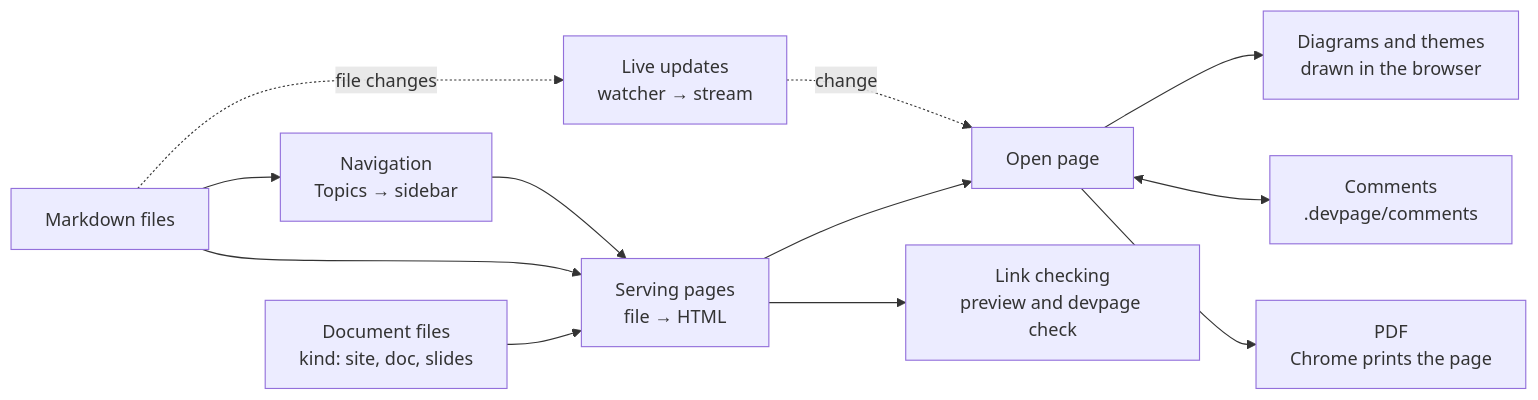
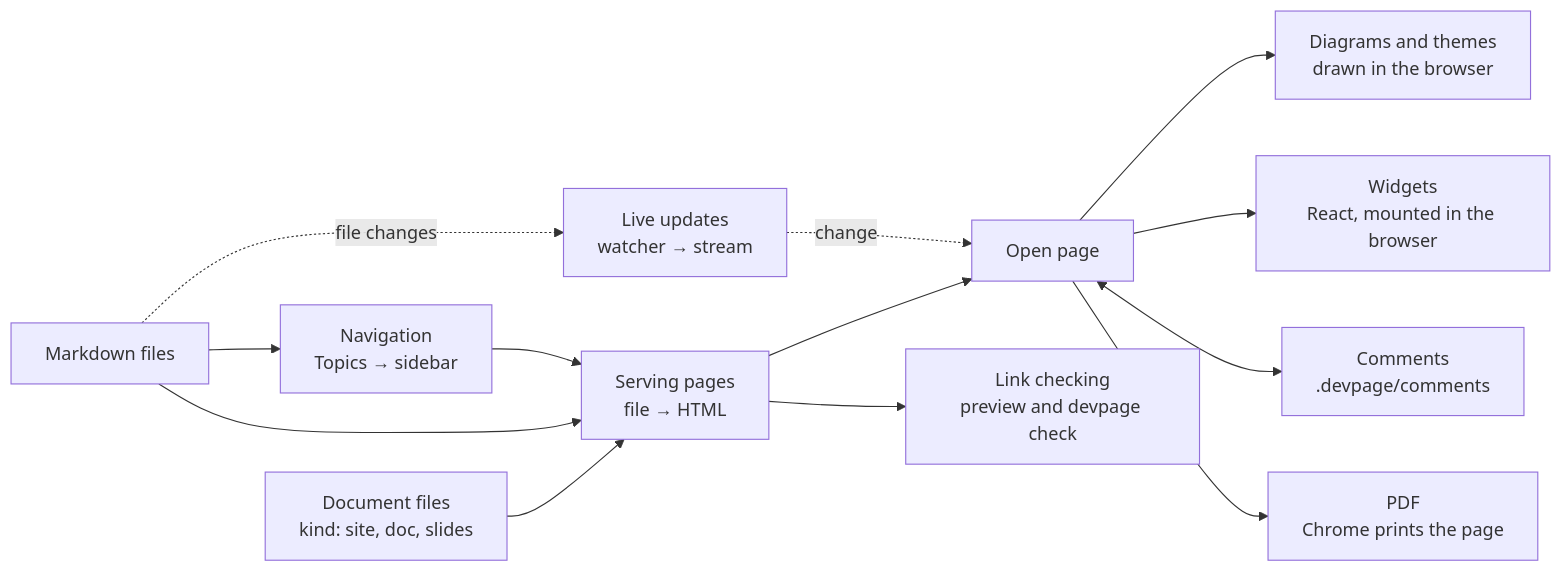
Before and after one commit to andrei512/devpage: the diagram in docs/boxes/viewer/README.md, drawn with Mermaid. The commit also changed 10 other files, not shown here.

````diff
--- a/docs/boxes/viewer/README.md
+++ b/docs/boxes/viewer/README.md
@@ -28,22 +28,24 @@
 ```mermaid
 flowchart LR
   yml["Document files<br/>kind: site, doc, slides"] --> serving["Serving pages<br/>file → HTML"]
   files["Markdown files"] --> serving
   files --> nav["Navigation<br/>Topics → sidebar"]
   nav --> serving
   files -. "file changes" .-> live["Live updates<br/>watcher → stream"]
   serving --> browser["Open page"]
   live -. "change" .-> browser
   browser --> diagrams["Diagrams and themes<br/>drawn in the browser"]
+  browser --> widgets["Widgets<br/>React, mounted in the browser"]
   browser <--> comments["Comments<br/>.devpage/comments"]
   serving --> check["Link checking<br/>preview and devpage check"]
   browser --> pdf["PDF<br/>Chrome prints the page"]
   click yml href "./writing-a-document/README.md" "Writing a document"
   click serving href "./serving-pages/README.md" "How pages are served"
   click nav href "./navigation-tree/README.md" "How the sidebar is built"
   click live href "./live-updates/README.md" "How open pages stay current"
   click diagrams href "./diagrams-and-themes/README.md" "Diagrams and themes"
+  click widgets href "./widgets/README.md" "Widgets"
   click comments href "./comments/README.md" "Comments"
   click check href "./checking-links/README.md" "Checking links"
   click pdf href "./pdf/README.md" "Printing to PDF"
 ```
````
